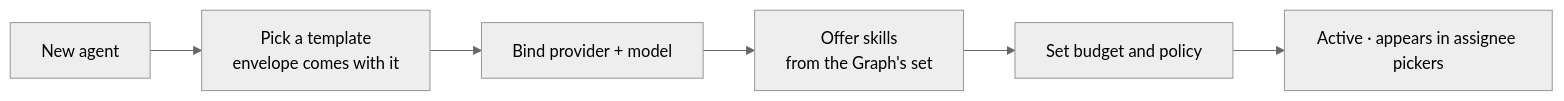
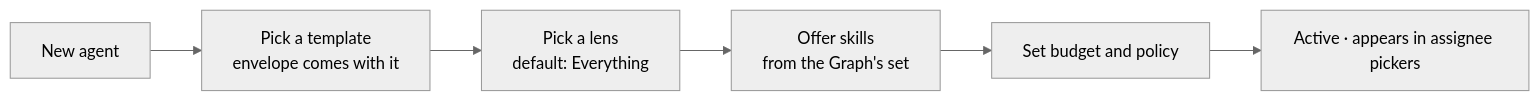
One commit to invana/invana changed the first of 2 diagrams in docs/for-developers/modules/agents/spec.md. Above: the diagram before and after it, drawn with Mermaid (neutral theme). The commit also changed other lines of this file and 514 other files, not shown here.

````diff
--- a/docs/for-developers/modules/agents/spec.md
+++ b/docs/for-developers/modules/agents/spec.md
@@ -66,8 +74,8 @@
 ```mermaid
 flowchart LR
     A[New agent] --> B[Pick a template<br/>envelope comes with it]
-    B --> C[Bind provider + model]
+    B --> C[Pick a lens<br/>default: Everything]
     C --> D[Offer skills<br/>from the Graph's set]
     D --> E[Set budget and policy]
     E --> F[Active · appears in assignee pickers]
 ```
````
